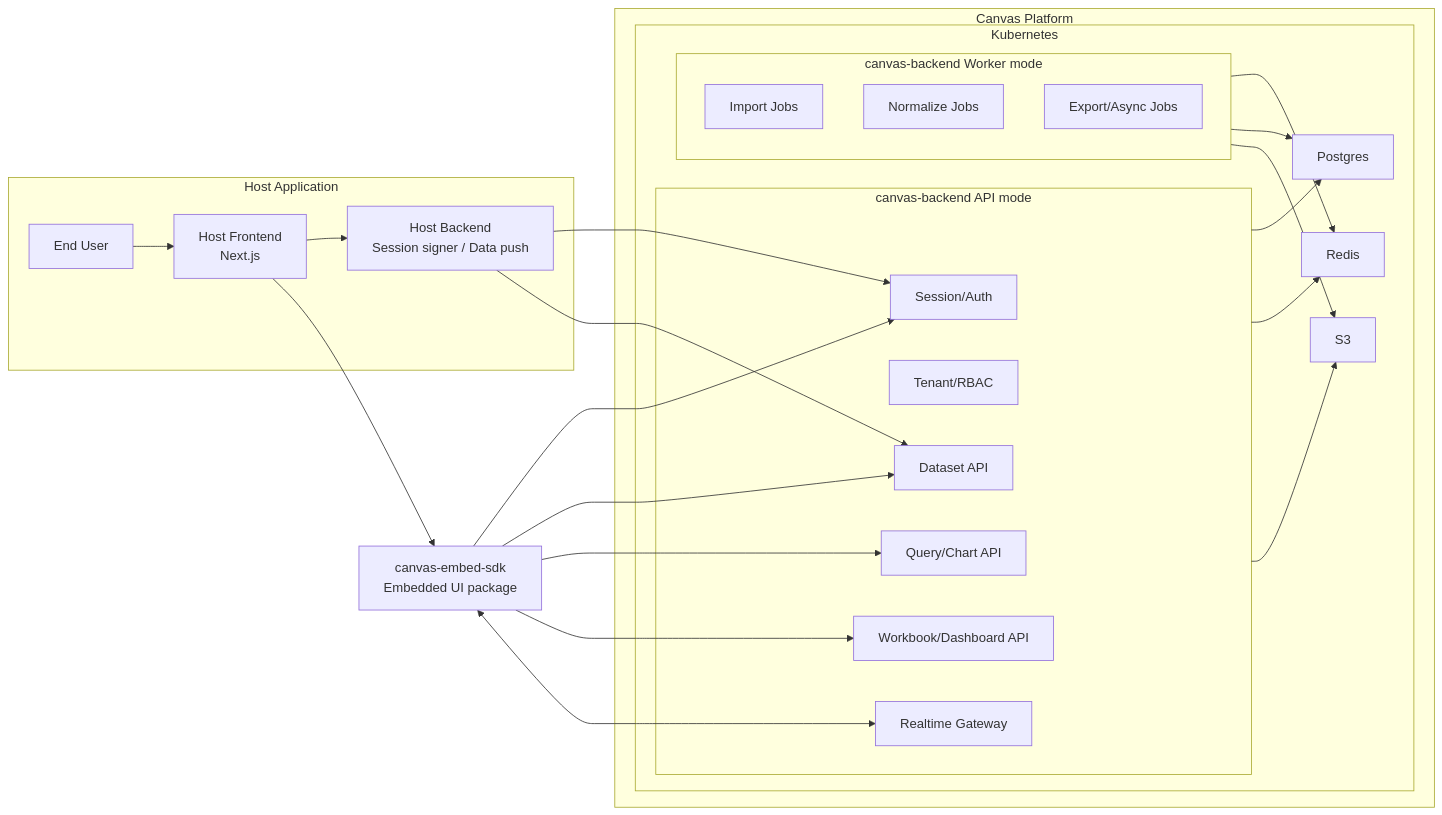
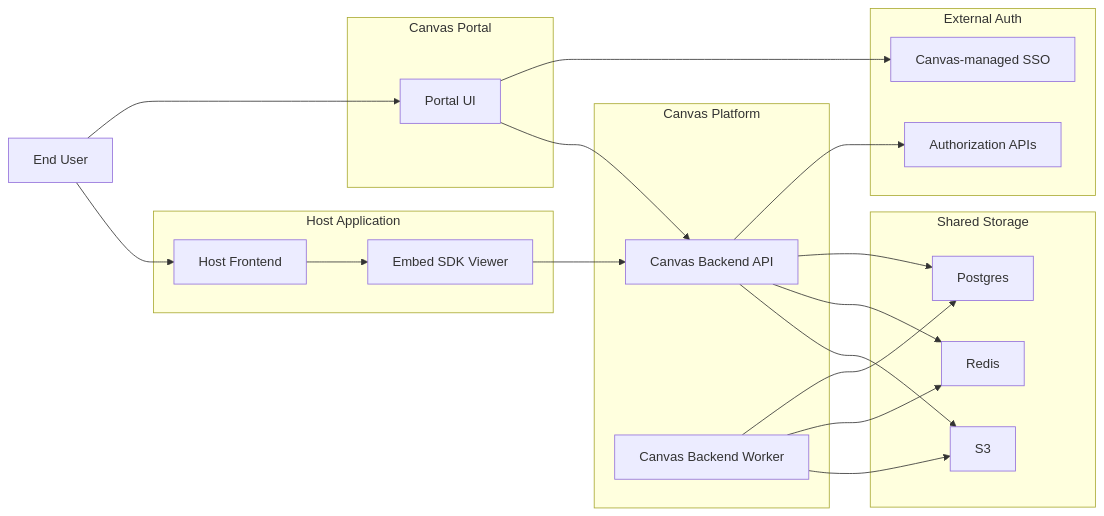
One commit to valeeraZ/canvas changed the diagram in docs/superpowers/specs/2026-03-17-canvas-high-level-architecture.md. Above: the diagram before and after it, drawn with Mermaid. The commit also changed other lines of this file and 3 other files, not shown here.

Commit message:
docs: align architecture docs with app scoped model

````diff
--- a/docs/superpowers/specs/2026-03-17-canvas-high-level-architecture.md
+++ b/docs/superpowers/specs/2026-03-17-canvas-high-level-architecture.md
@@ -61,51 +73,46 @@
 ```mermaid
 flowchart LR
+    User["End User"]
+
     subgraph Host["Host Application"]
-        User["End User"]
-        Frontend["Host Frontend<br/>Next.js"]
-        Backend["Host Backend<br/>Session signer / Data push"]
-        User --> Frontend
-        Frontend --> Backend
+        HostFrontend["Host Frontend"]
+        Viewer["Embed SDK Viewer"]
     end
 
-    SDK["canvas-embed-sdk<br/>Embedded UI package"]
-
-    subgraph Canvas["Canvas Platform"]
-        subgraph K8s["Kubernetes"]
-            subgraph API["canvas-backend API mode"]
-                Session["Session/Auth"]
-                RBAC["Tenant/RBAC"]
-                Datasets["Dataset API"]
-                Query["Query/Chart API"]
-                Dashboards["Workbook/Dashboard API"]
-                Realtime["Realtime Gateway"]
-            end
-
-            subgraph Worker["canvas-backend Worker mode"]
-                Import["Import Jobs"]
-                Normalize["Normalize Jobs"]
-                Async["Export/Async Jobs"]
-            end
-
-            PG["Postgres"]
-            Redis["Redis"]
-            S3["S3"]
-        end
+    subgraph Portal["Canvas Portal"]
+        PortalUI["Portal UI"]
     end
 
-    Frontend --> SDK
-    Backend --> Session
-    Backend --> Datasets
-    SDK --> Session
-    SDK --> Datasets
-    SDK --> Query
-    SDK --> Dashboards
-    SDK <--> Realtime
+    subgraph Platform["Canvas Platform"]
+        Api["Canvas Backend API"]
+        Worker["Canvas Backend Worker"]
+    end
 
-    API --> PG
-    API --> Redis
-    API --> S3
+    subgraph External["External Auth"]
+        SSO["Canvas-managed SSO"]
+        AuthAPI["Authorization APIs"]
+    end
+
+    subgraph Storage["Shared Storage"]
+        PG["Postgres"]
+        Redis["Redis"]
+        S3["S3"]
+    end
+
+    User --> PortalUI
+    User --> HostFrontend
+    HostFrontend --> Viewer
+
+    PortalUI --> SSO
+    PortalUI --> Api
+    Viewer --> Api
+
+    Api --> AuthAPI
+    Api --> PG
+    Api --> Redis
+    Api --> S3
+
+    Worker --> PG
     Worker --> Redis
-    Worker --> PG
     Worker --> S3
 ```
````
